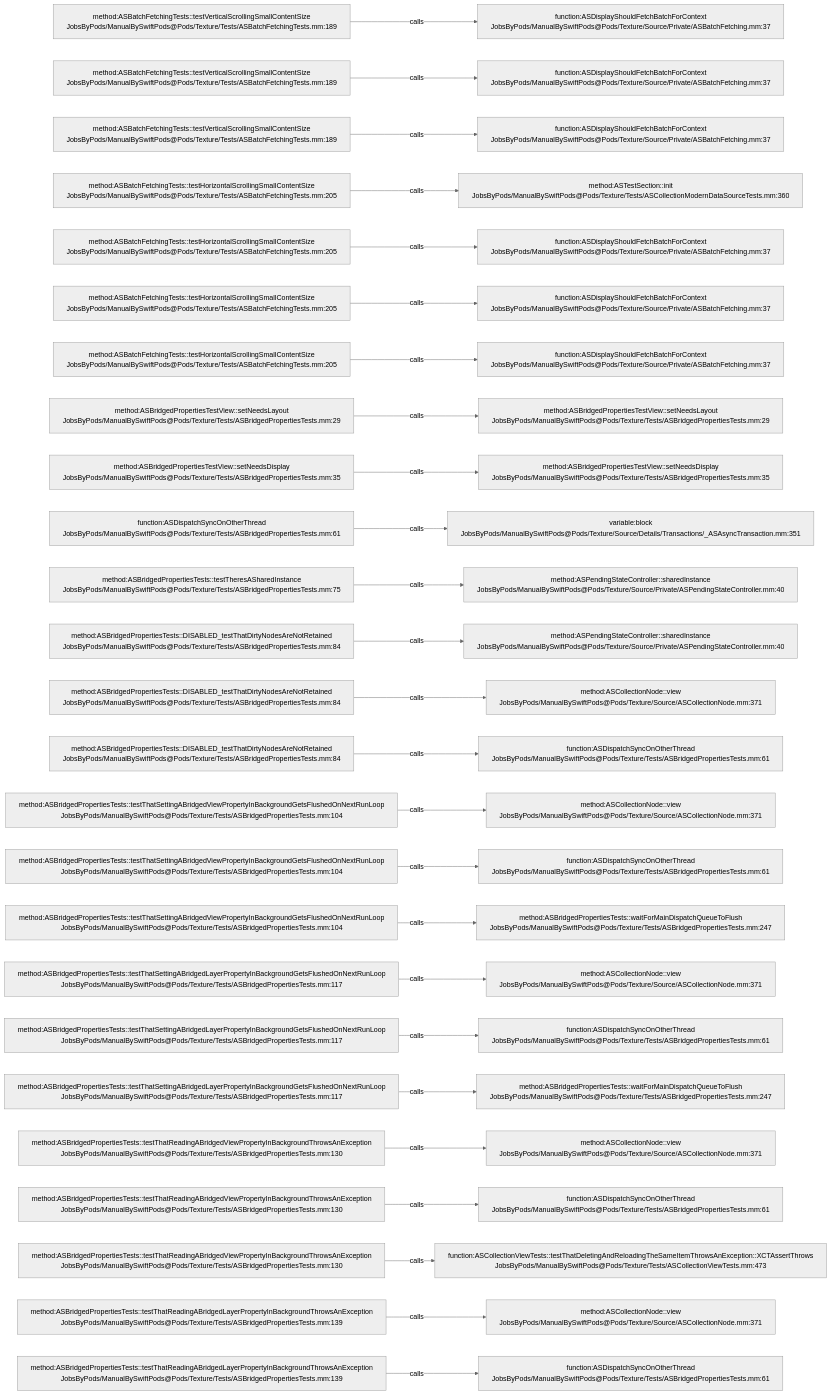
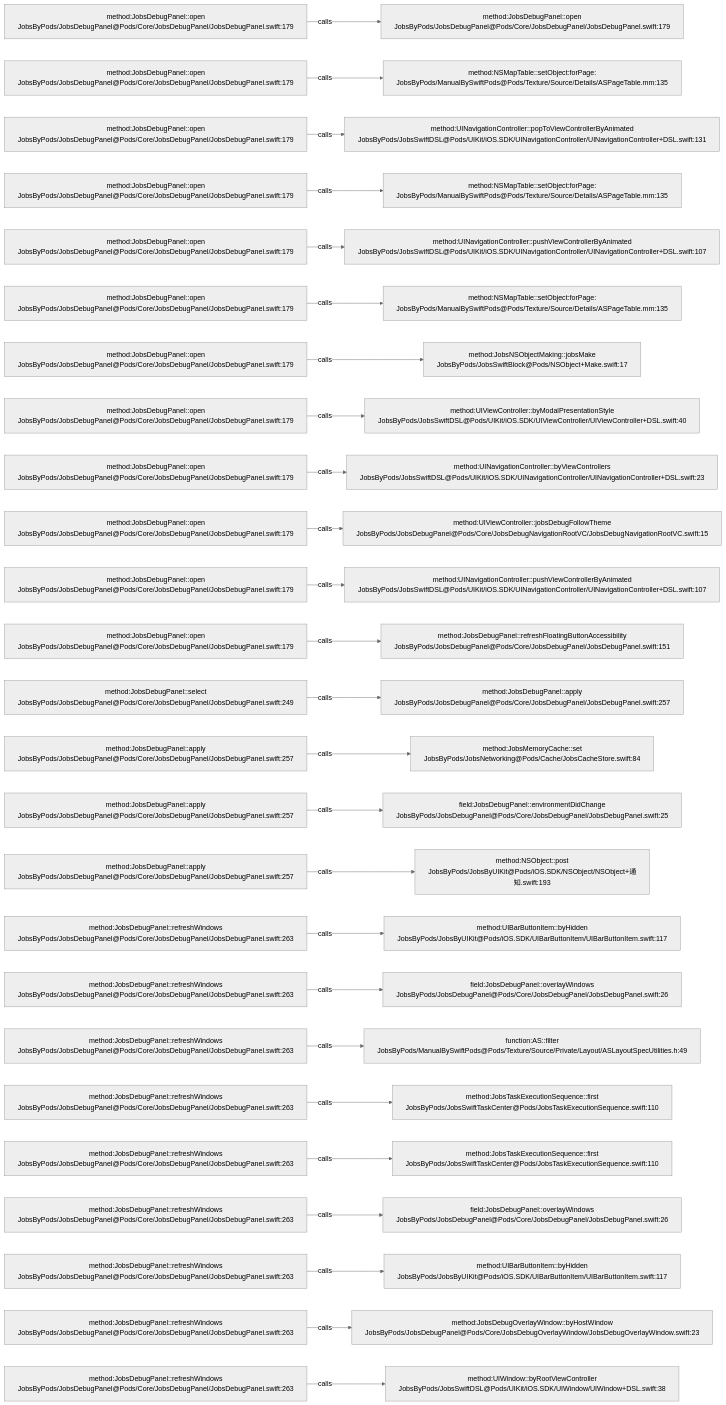
The diagram in .codegraph/codegraph.md/graphs/calls-163.md (JobsKits/JobsSwiftBaseConfigDemo), drawn with Mermaid (neutral theme) before and after one commit. The commit also changed 224 other files, not shown here.

````diff
--- a/.codegraph/codegraph.md/graphs/calls-163.md
+++ b/.codegraph/codegraph.md/graphs/calls-163.md
@@ -13,78 +13,78 @@
 ```mermaid
 flowchart LR
-  S1["method:ASBatchFetchingTests::testVerticalScrollingSmallContentSize<br/>JobsByPods/ManualBySwiftPods@Pods/Texture/Tests/ASBatchFetchingTests.mm:189"]
-  T1["function:ASDisplayShouldFetchBatchForContext<br/>JobsByPods/ManualBySwiftPods@Pods/Texture/Source/Private/ASBatchFetching.mm:37"]
+  S1["method:JobsDebugPanel::open<br/>JobsByPods/JobsDebugPanel@Pods/Core/JobsDebugPanel/JobsDebugPanel.swift:179"]
+  T1["method:JobsDebugPanel::open<br/>JobsByPods/JobsDebugPanel@Pods/Core/JobsDebugPanel/JobsDebugPanel.swift:179"]
   S1 -->|calls| T1
-  S2["method:ASBatchFetchingTests::testVerticalScrollingSmallContentSize<br/>JobsByPods/ManualBySwiftPods@Pods/Texture/Tests/ASBatchFetchingTests.mm:189"]
-  T2["function:ASDisplayShouldFetchBatchForContext<br/>JobsByPods/ManualBySwiftPods@Pods/Texture/Source/Private/ASBatchFetching.mm:37"]
+  S2["method:JobsDebugPanel::open<br/>JobsByPods/JobsDebugPanel@Pods/Core/JobsDebugPanel/JobsDebugPanel.swift:179"]
+  T2["method:NSMapTable::setObject:forPage:<br/>JobsByPods/ManualBySwiftPods@Pods/Texture/Source/Details/ASPageTable.mm:135"]
   S2 -->|calls| T2
-  S3["method:ASBatchFetchingTests::testVerticalScrollingSmallContentSize<br/>JobsByPods/ManualBySwiftPods@Pods/Texture/Tests/ASBatchFetchingTests.mm:189"]
-  T3["function:ASDisplayShouldFetchBatchForContext<br/>JobsByPods/ManualBySwiftPods@Pods/Texture/Source/Private/ASBatchFetching.mm:37"]
+  S3["method:JobsDebugPanel::open<br/>JobsByPods/JobsDebugPanel@Pods/Core/JobsDebugPanel/JobsDebugPanel.swift:179"]
+  T3["method:UINavigationController::popToViewControllerByAnimated<br/>JobsByPods/JobsSwiftDSL@Pods/UIKit/iOS.SDK/UINavigationController/UINavigationController+DSL.swift:131"]
   S3 -->|calls| T3
-  S4["method:ASBatchFetchingTests::testHorizontalScrollingSmallContentSize<br/>JobsByPods/ManualBySwiftPods@Pods/Texture/Tests/ASBatchFetchingTests.mm:205"]
-  T4["method:ASTestSection::init<br/>JobsByPods/ManualBySwiftPods@Pods/Texture/Tests/ASCollectionModernDataSourceTests.mm:360"]
+  S4["method:JobsDebugPanel::open<br/>JobsByPods/JobsDebugPanel@Pods/Core/JobsDebugPanel/JobsDebugPanel.swift:179"]
+  T4["method:NSMapTable::setObject:forPage:<br/>JobsByPods/ManualBySwiftPods@Pods/Texture/Source/Details/ASPageTable.mm:135"]
   S4 -->|calls| T4
-  S5["method:ASBatchFetchingTests::testHorizontalScrollingSmallContentSize<br/>JobsByPods/ManualBySwiftPods@Pods/Texture/Tests/ASBatchFetchingTests.mm:205"]
-  T5["function:ASDisplayShouldFetchBatchForContext<br/>JobsByPods/ManualBySwiftPods@Pods/Texture/Source/Private/ASBatchFetching.mm:37"]
+  S5["method:JobsDebugPanel::open<br/>JobsByPods/JobsDebugPanel@Pods/Core/JobsDebugPanel/JobsDebugPanel.swift:179"]
+  T5["method:UINavigationController::pushViewControllerByAnimated<br/>JobsByPods/JobsSwiftDSL@Pods/UIKit/iOS.SDK/UINavigationController/UINavigationController+DSL.swift:107"]
   S5 -->|calls| T5
-  S6["method:ASBatchFetchingTests::testHorizontalScrollingSmallContentSize<br/>JobsByPods/ManualBySwiftPods@Pods/Texture/Tests/ASBatchFetchingTests.mm:205"]
-  T6["function:ASDisplayShouldFetchBatchForContext<br/>JobsByPods/ManualBySwiftPods@Pods/Texture/Source/Private/ASBatchFetching.mm:37"]
+  S6["method:JobsDebugPanel::open<br/>JobsByPods/JobsDebugPanel@Pods/Core/JobsDebugPanel/JobsDebugPanel.swift:179"]
+  T6["method:NSMapTable::setObject:forPage:<br/>JobsByPods/ManualBySwiftPods@Pods/Texture/Source/Details/ASPageTable.mm:135"]
   S6 -->|calls| T6
-  S7["method:ASBatchFetchingTests::testHorizontalScrollingSmallContentSize<br/>JobsByPods/ManualBySwiftPods@Pods/Texture/Tests/ASBatchFetchingTests.mm:205"]
-  T7["function:ASDisplayShouldFetchBatchForContext<br/>JobsByPods/ManualBySwiftPods@Pods/Texture/Source/Private/ASBatchFetching.mm:37"]
+  S7["method:JobsDebugPanel::open<br/>JobsByPods/JobsDebugPanel@Pods/Core/JobsDebugPanel/JobsDebugPanel.swift:179"]
+  T7["method:JobsNSObjectMaking::jobsMake<br/>JobsByPods/JobsSwiftBlock@Pods/NSObject+Make.swift:17"]
   S7 -->|calls| T7
-  S8["method:ASBridgedPropertiesTestView::setNeedsLayout<br/>JobsByPods/ManualBySwiftPods@Pods/Texture/Tests/ASBridgedPropertiesTests.mm:29"]
-  T8["method:ASBridgedPropertiesTestView::setNeedsLayout<br/>JobsByPods/ManualBySwiftPods@Pods/Texture/Tests/ASBridgedPropertiesTests.mm:29"]
+  S8["method:JobsDebugPanel::open<br/>JobsByPods/JobsDebugPanel@Pods/Core/JobsDebugPanel/JobsDebugPanel.swift:179"]
+  T8["method:UIViewController::byModalPresentationStyle<br/>JobsByPods/JobsSwiftDSL@Pods/UIKit/iOS.SDK/UIViewController/UIViewController+DSL.swift:40"]
   S8 -->|calls| T8
-  S9["method:ASBridgedPropertiesTestView::setNeedsDisplay<br/>JobsByPods/ManualBySwiftPods@Pods/Texture/Tests/ASBridgedPropertiesTests.mm:35"]
-  T9["method:ASBridgedPropertiesTestView::setNeedsDisplay<br/>JobsByPods/ManualBySwiftPods@Pods/Texture/Tests/ASBridgedPropertiesTests.mm:35"]
+  S9["method:JobsDebugPanel::open<br/>JobsByPods/JobsDebugPanel@Pods/Core/JobsDebugPanel/JobsDebugPanel.swift:179"]
+  T9["method:UINavigationController::byViewControllers<br/>JobsByPods/JobsSwiftDSL@Pods/UIKit/iOS.SDK/UINavigationController/UINavigationController+DSL.swift:23"]
   S9 -->|calls| T9
-  S10["function:ASDispatchSyncOnOtherThread<br/>JobsByPods/ManualBySwiftPods@Pods/Texture/Tests/ASBridgedPropertiesTests.mm:61"]
-  T10["variable:block<br/>JobsByPods/ManualBySwiftPods@Pods/Texture/Source/Details/Transactions/_ASAsyncTransaction.mm:351"]
+  S10["method:JobsDebugPanel::open<br/>JobsByPods/JobsDebugPanel@Pods/Core/JobsDebugPanel/JobsDebugPanel.swift:179"]
+  T10["method:UIViewController::jobsDebugFollowTheme<br/>JobsByPods/JobsDebugPanel@Pods/Core/JobsDebugNavigationRootVC/JobsDebugNavigationRootVC.swift:15"]
   S10 -->|calls| T10
-  S11["method:ASBridgedPropertiesTests::testTheresASharedInstance<br/>JobsByPods/ManualBySwiftPods@Pods/Texture/Tests/ASBridgedPropertiesTests.mm:75"]
-  T11["method:ASPendingStateController::sharedInstance<br/>JobsByPods/ManualBySwiftPods@Pods/Texture/Source/Private/ASPendingStateController.mm:40"]
+  S11["method:JobsDebugPanel::open<br/>JobsByPods/JobsDebugPanel@Pods/Core/JobsDebugPanel/JobsDebugPanel.swift:179"]
+  T11["method:UINavigationController::pushViewControllerByAnimated<br/>JobsByPods/JobsSwiftDSL@Pods/UIKit/iOS.SDK/UINavigationController/UINavigationController+DSL.swift:107"]
   S11 -->|calls| T11
-  S12["method:ASBridgedPropertiesTests::DISABLED_testThatDirtyNodesAreNotRetained<br/>JobsByPods/ManualBySwiftPods@Pods/Texture/Tests/ASBridgedPropertiesTests.mm:84"]
-  T12["method:ASPendingStateController::sharedInstance<br/>JobsByPods/ManualBySwiftPods@Pods/Texture/Source/Private/ASPendingStateController.mm:40"]
+  S12["method:JobsDebugPanel::open<br/>JobsByPods/JobsDebugPanel@Pods/Core/JobsDebugPanel/JobsDebugPanel.swift:179"]
+  T12["method:JobsDebugPanel::refreshFloatingButtonAccessibility<br/>JobsByPods/JobsDebugPanel@Pods/Core/JobsDebugPanel/JobsDebugPanel.swift:151"]
   S12 -->|calls| T12
-  S13["method:ASBridgedPropertiesTests::DISABLED_testThatDirtyNodesAreNotRetained<br/>JobsByPods/ManualBySwiftPods@Pods/Texture/Tests/ASBridgedPropertiesTests.mm:84"]
-  T13["method:ASCollectionNode::view<br/>JobsByPods/ManualBySwiftPods@Pods/Texture/Source/ASCollectionNode.mm:371"]
+  S13["method:JobsDebugPanel::select<br/>JobsByPods/JobsDebugPanel@Pods/Core/JobsDebugPanel/JobsDebugPanel.swift:249"]
+  T13["method:JobsDebugPanel::apply<br/>JobsByPods/JobsDebugPanel@Pods/Core/JobsDebugPanel/JobsDebugPanel.swift:257"]
   S13 -->|calls| T13
-  S14["method:ASBridgedPropertiesTests::DISABLED_testThatDirtyNodesAreNotRetained<br/>JobsByPods/ManualBySwiftPods@Pods/Texture/Tests/ASBridgedPropertiesTests.mm:84"]
-  T14["function:ASDispatchSyncOnOtherThread<br/>JobsByPods/ManualBySwiftPods@Pods/Texture/Tests/ASBridgedPropertiesTests.mm:61"]
+  S14["method:JobsDebugPanel::apply<br/>JobsByPods/JobsDebugPanel@Pods/Core/JobsDebugPanel/JobsDebugPanel.swift:257"]
+  T14["method:JobsMemoryCache::set<br/>JobsByPods/JobsNetworking@Pods/Cache/JobsCacheStore.swift:84"]
   S14 -->|calls| T14
-  S15["method:ASBridgedPropertiesTests::testThatSettingABridgedViewPropertyInBackgroundGetsFlushedOnNextRunLoop<br/>JobsByPods/ManualBySwiftPods@Pods/Texture/Tests/ASBridgedPropertiesTests.mm:104"]
-  T15["method:ASCollectionNode::view<br/>JobsByPods/ManualBySwiftPods@Pods/Texture/Source/ASCollectionNode.mm:371"]
+  S15["method:JobsDebugPanel::apply<br/>JobsByPods/JobsDebugPanel@Pods/Core/JobsDebugPanel/JobsDebugPanel.swift:257"]
+  T15["field:JobsDebugPanel::environmentDidChange<br/>JobsByPods/JobsDebugPanel@Pods/Core/JobsDebugPanel/JobsDebugPanel.swift:25"]
   S15 -->|calls| T15
-  S16["method:ASBridgedPropertiesTests::testThatSettingABridgedViewPropertyInBackgroundGetsFlushedOnNextRunLoop<br/>JobsByPods/ManualBySwiftPods@Pods/Texture/Tests/ASBridgedPropertiesTests.mm:104"]
-  T16["function:ASDispatchSyncOnOtherThread<br/>JobsByPods/ManualBySwiftPods@Pods/Texture/Tests/ASBridgedPropertiesTests.mm:61"]
+  S16["method:JobsDebugPanel::apply<br/>JobsByPods/JobsDebugPanel@Pods/Core/JobsDebugPanel/JobsDebugPanel.swift:257"]
+  T16["method:NSObject::post<br/>JobsByPods/JobsByUIKit@Pods/iOS.SDK/NSObject/NSObject+通知.swift:193"]
   S16 -->|calls| T16
-  S17["method:ASBridgedPropertiesTests::testThatSettingABridgedViewPropertyInBackgroundGetsFlushedOnNextRunLoop<br/>JobsByPods/ManualBySwiftPods@Pods/Texture/Tests/ASBridgedPropertiesTests.mm:104"]
-  T17["method:ASBridgedPropertiesTests::waitForMainDispatchQueueToFlush<br/>JobsByPods/ManualBySwiftPods@Pods/Texture/Tests/ASBridgedPropertiesTests.mm:247"]
+  S17["method:JobsDebugPanel::refreshWindows<br/>JobsByPods/JobsDebugPanel@Pods/Core/JobsDebugPanel/JobsDebugPanel.swift:263"]
+  T17["method:UIBarButtonItem::byHidden<br/>JobsByPods/JobsByUIKit@Pods/iOS.SDK/UIBarButtonItem/UIBarButtonItem.swift:117"]
   S17 -->|calls| T17
-  S18["method:ASBridgedPropertiesTests::testThatSettingABridgedLayerPropertyInBackgroundGetsFlushedOnNextRunLoop<br/>JobsByPods/ManualBySwiftPods@Pods/Texture/Tests/ASBridgedPropertiesTests.mm:117"]
-  T18["method:ASCollectionNode::view<br/>JobsByPods/ManualBySwiftPods@Pods/Texture/Source/ASCollectionNode.mm:371"]
+  S18["method:JobsDebugPanel::refreshWindows<br/>JobsByPods/JobsDebugPanel@Pods/Core/JobsDebugPanel/JobsDebugPanel.swift:263"]
+  T18["field:JobsDebugPanel::overlayWindows<br/>JobsByPods/JobsDebugPanel@Pods/Core/JobsDebugPanel/JobsDebugPanel.swift:26"]
   S18 -->|calls| T18
-  S19["method:ASBridgedPropertiesTests::testThatSettingABridgedLayerPropertyInBackgroundGetsFlushedOnNextRunLoop<br/>JobsByPods/ManualBySwiftPods@Pods/Texture/Tests/ASBridgedPropertiesTests.mm:117"]
-  T19["function:ASDispatchSyncOnOtherThread<br/>JobsByPods/ManualBySwiftPods@Pods/Texture/Tests/ASBridgedPropertiesTests.mm:61"]
+  S19["method:JobsDebugPanel::refreshWindows<br/>JobsByPods/JobsDebugPanel@Pods/Core/JobsDebugPanel/JobsDebugPanel.swift:263"]
+  T19["function:AS::filter<br/>JobsByPods/ManualBySwiftPods@Pods/Texture/Source/Private/Layout/ASLayoutSpecUtilities.h:49"]
   S19 -->|calls| T19
-  S20["method:ASBridgedPropertiesTests::testThatSettingABridgedLayerPropertyInBackgroundGetsFlushedOnNextRunLoop<br/>JobsByPods/ManualBySwiftPods@Pods/Texture/Tests/ASBridgedPropertiesTests.mm:117"]
-  T20["method:ASBridgedPropertiesTests::waitForMainDispatchQueueToFlush<br/>JobsByPods/ManualBySwiftPods@Pods/Texture/Tests/ASBridgedPropertiesTests.mm:247"]
+  S20["method:JobsDebugPanel::refreshWindows<br/>JobsByPods/JobsDebugPanel@Pods/Core/JobsDebugPanel/JobsDebugPanel.swift:263"]
+  T20["method:JobsTaskExecutionSequence::first<br/>JobsByPods/JobsSwiftTaskCenter@Pods/JobsTaskExecutionSequence.swift:110"]
   S20 -->|calls| T20
-  S21["method:ASBridgedPropertiesTests::testThatReadingABridgedViewPropertyInBackgroundThrowsAnException<br/>JobsByPods/ManualBySwiftPods@Pods/Texture/Tests/ASBridgedPropertiesTests.mm:130"]
-  T21["method:ASCollectionNode::view<br/>JobsByPods/ManualBySwiftPods@Pods/Texture/Source/ASCollectionNode.mm:371"]
+  S21["method:JobsDebugPanel::refreshWindows<br/>JobsByPods/JobsDebugPanel@Pods/Core/JobsDebugPanel/JobsDebugPanel.swift:263"]
+  T21["method:JobsTaskExecutionSequence::first<br/>JobsByPods/JobsSwiftTaskCenter@Pods/JobsTaskExecutionSequence.swift:110"]
   S21 -->|calls| T21
-  S22["method:ASBridgedPropertiesTests::testThatReadingABridgedViewPropertyInBackgroundThrowsAnException<br/>JobsByPods/ManualBySwiftPods@Pods/Texture/Tests/ASBridgedPropertiesTests.mm:130"]
-  T22["function:ASDispatchSyncOnOtherThread<br/>JobsByPods/ManualBySwiftPods@Pods/Texture/Tests/ASBridgedPropertiesTests.mm:61"]
+  S22["method:JobsDebugPanel::refreshWindows<br/>JobsByPods/JobsDebugPanel@Pods/Core/JobsDebugPanel/JobsDebugPanel.swift:263"]
+  T22["field:JobsDebugPanel::overlayWindows<br/>JobsByPods/JobsDebugPanel@Pods/Core/JobsDebugPanel/JobsDebugPanel.swift:26"]
   S22 -->|calls| T22
-  S23["method:ASBridgedPropertiesTests::testThatReadingABridgedViewPropertyInBackgroundThrowsAnException<br/>JobsByPods/ManualBySwiftPods@Pods/Texture/Tests/ASBridgedPropertiesTests.mm:130"]
-  T23["function:ASCollectionViewTests::testThatDeletingAndReloadingTheSameItemThrowsAnException::XCTAssertThrows<br/>JobsByPods/ManualBySwiftPods@Pods/Texture/Tests/ASCollectionViewTests.mm:473"]
+  S23["method:JobsDebugPanel::refreshWindows<br/>JobsByPods/JobsDebugPanel@Pods/Core/JobsDebugPanel/JobsDebugPanel.swift:263"]
+  T23["method:UIBarButtonItem::byHidden<br/>JobsByPods/JobsByUIKit@Pods/iOS.SDK/UIBarButtonItem/UIBarButtonItem.swift:117"]
   S23 -->|calls| T23
-  S24["method:ASBridgedPropertiesTests::testThatReadingABridgedLayerPropertyInBackgroundThrowsAnException<br/>JobsByPods/ManualBySwiftPods@Pods/Texture/Tests/ASBridgedPropertiesTests.mm:139"]
-  T24["method:ASCollectionNode::view<br/>JobsByPods/ManualBySwiftPods@Pods/Texture/Source/ASCollectionNode.mm:371"]
+  S24["method:JobsDebugPanel::refreshWindows<br/>JobsByPods/JobsDebugPanel@Pods/Core/JobsDebugPanel/JobsDebugPanel.swift:263"]
+  T24["method:JobsDebugOverlayWindow::byHostWindow<br/>JobsByPods/JobsDebugPanel@Pods/Core/JobsDebugOverlayWindow/JobsDebugOverlayWindow.swift:23"]
   S24 -->|calls| T24
-  S25["method:ASBridgedPropertiesTests::testThatReadingABridgedLayerPropertyInBackgroundThrowsAnException<br/>JobsByPods/ManualBySwiftPods@Pods/Texture/Tests/ASBridgedPropertiesTests.mm:139"]
-  T25["function:ASDispatchSyncOnOtherThread<br/>JobsByPods/ManualBySwiftPods@Pods/Texture/Tests/ASBridgedPropertiesTests.mm:61"]
+  S25["method:JobsDebugPanel::refreshWindows<br/>JobsByPods/JobsDebugPanel@Pods/Core/JobsDebugPanel/JobsDebugPanel.swift:263"]
+  T25["method:UIWindow::byRootViewController<br/>JobsByPods/JobsSwiftDSL@Pods/UIKit/iOS.SDK/UIWindow/UIWindow+DSL.swift:38"]
   S25 -->|calls| T25
 ```
````
